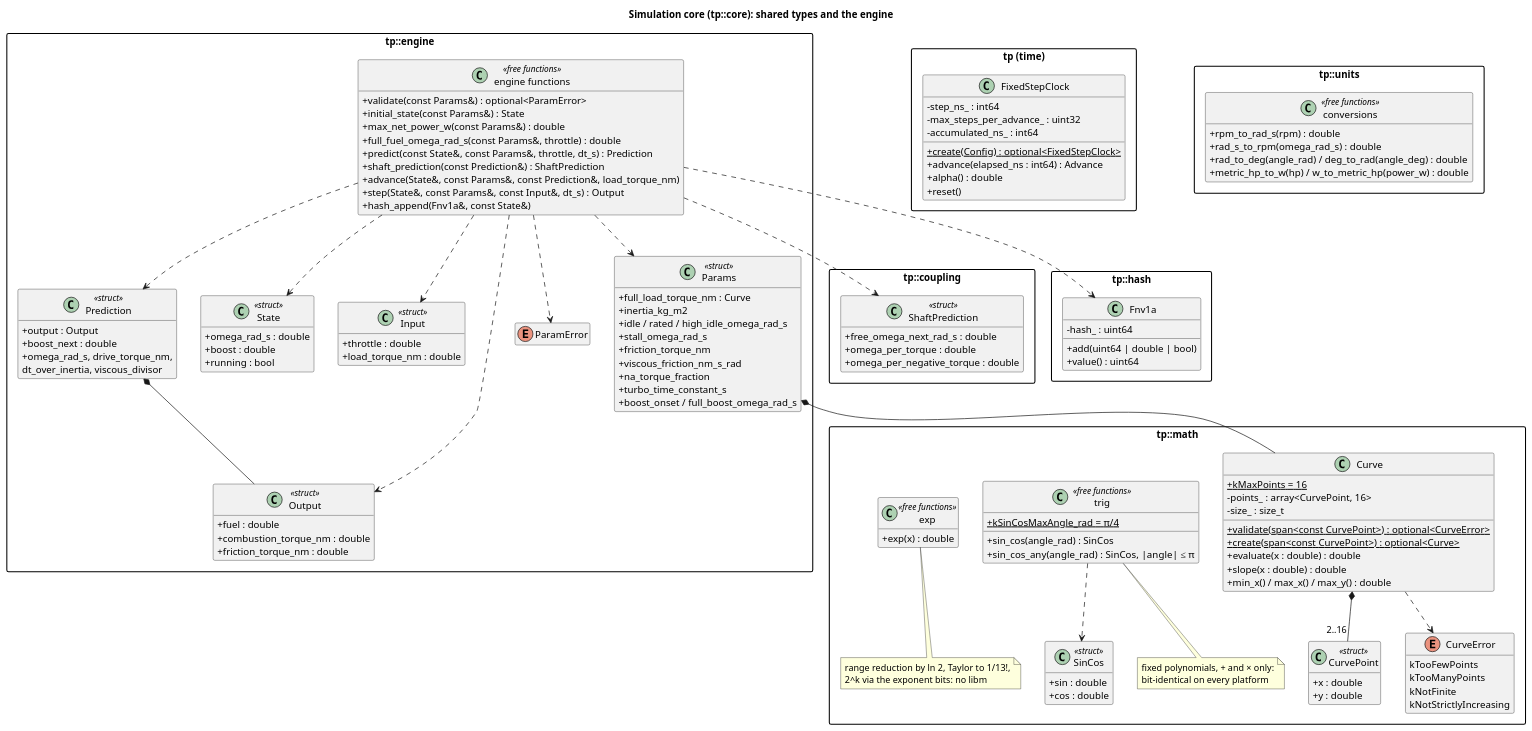
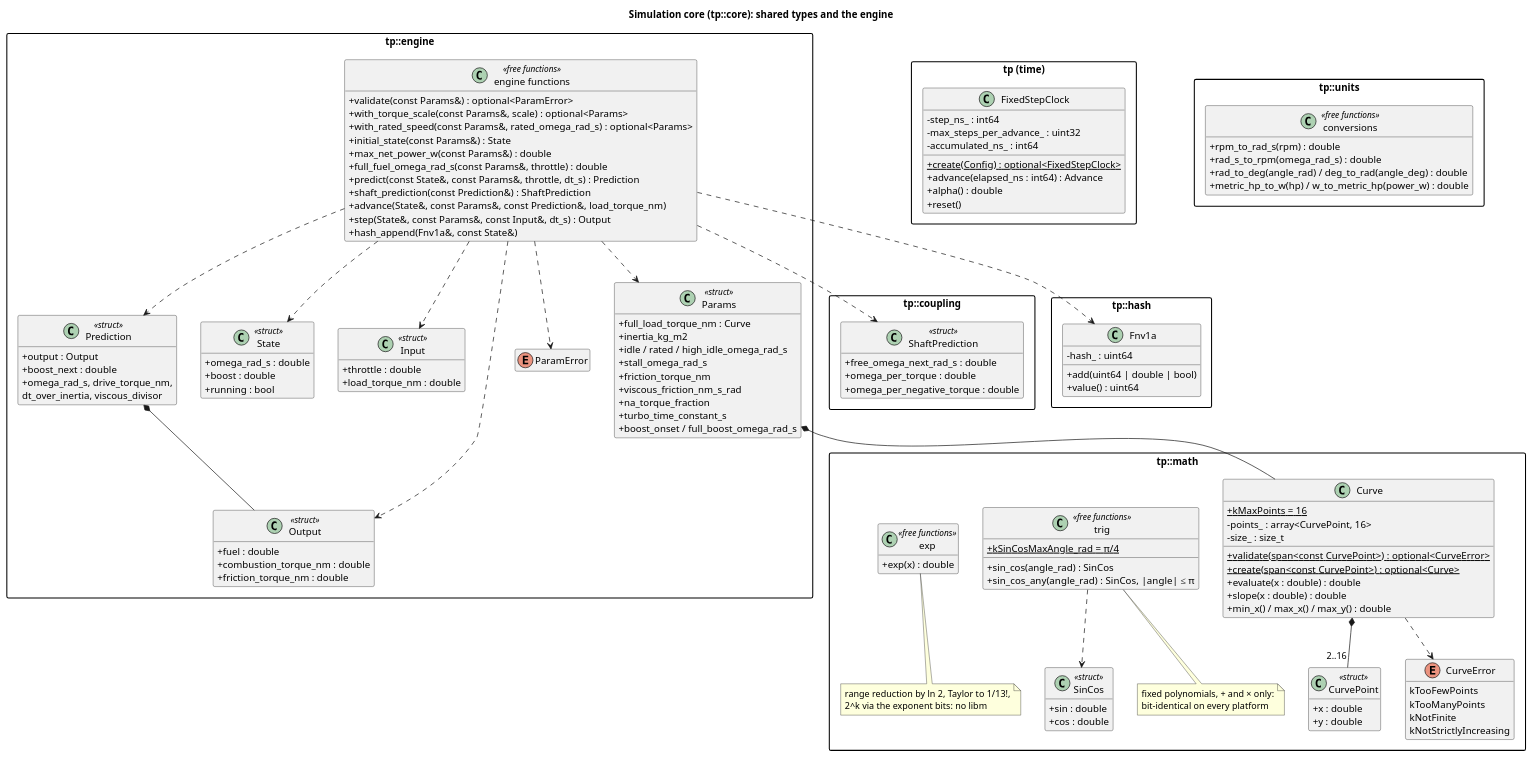
Before and after one commit to wversteeg/TractorPulling: the diagram in docs/diagrams/core_classes.puml, drawn with PlantUML. The commit also changed 39 other files, not shown here.

```diff
--- a/docs/diagrams/core_classes.puml
+++ b/docs/diagrams/core_classes.puml
@@ -1,148 +1,150 @@
 @startuml core_classes
 title Simulation core (tp::core): shared types and the engine
 hide empty members
 skinparam packageStyle rectangle
 skinparam classAttributeIconSize 0
 
   package "tp::coupling" {
     class ShaftPrediction <<struct>> {
       +free_omega_next_rad_s : double
       +omega_per_torque : double
       +omega_per_negative_torque : double
     }
   }
 
   package "tp::math" {
     class CurvePoint <<struct>> {
       +x : double
       +y : double
     }
     enum CurveError {
       kTooFewPoints
       kTooManyPoints
       kNotFinite
       kNotStrictlyIncreasing
     }
     class Curve {
       +{static} kMaxPoints = 16
       -points_ : array<CurvePoint, 16>
       -size_ : size_t
       +{static} validate(span<const CurvePoint>) : optional<CurveError>
       +{static} create(span<const CurvePoint>) : optional<Curve>
       +evaluate(x : double) : double
       +slope(x : double) : double
       +min_x() / max_x() / max_y() : double
     }
     Curve *-- "2..16" CurvePoint
     Curve ..> CurveError
     class SinCos <<struct>> {
       +sin : double
       +cos : double
     }
     class "trig" as Trig <<free functions>> {
       +{static} kSinCosMaxAngle_rad = π/4
       +sin_cos(angle_rad) : SinCos
       +sin_cos_any(angle_rad) : SinCos, |angle| ≤ π
     }
     Trig ..> SinCos
     note bottom of Trig
       fixed polynomials, + and × only:
       bit-identical on every platform
     end note
     class "exp" as Exp <<free functions>> {
       +exp(x) : double
     }
     note bottom of Exp
       range reduction by ln 2, Taylor to 1/13!,
       2^k via the exponent bits: no libm
     end note
   }
 
   package "tp::engine" {
     class Params <<struct>> {
       +full_load_torque_nm : Curve
       +inertia_kg_m2
       +idle / rated / high_idle_omega_rad_s
       +stall_omega_rad_s
       +friction_torque_nm
       +viscous_friction_nm_s_rad
       +na_torque_fraction
       +turbo_time_constant_s
       +boost_onset / full_boost_omega_rad_s
     }
     class State <<struct>> {
       +omega_rad_s : double
       +boost : double
       +running : bool
     }
     class Input <<struct>> {
       +throttle : double
       +load_torque_nm : double
     }
     class Output <<struct>> {
       +fuel : double
       +combustion_torque_nm : double
       +friction_torque_nm : double
     }
     enum ParamError
     class Prediction <<struct>> {
       +output : Output
       +boost_next : double
       +omega_rad_s, drive_torque_nm,
        dt_over_inertia, viscous_divisor
     }
     class "engine functions" as EngineFns <<free functions>> {
       +validate(const Params&) : optional<ParamError>
+      +with_torque_scale(const Params&, scale) : optional<Params>
+      +with_rated_speed(const Params&, rated_omega_rad_s) : optional<Params>
       +initial_state(const Params&) : State
       +max_net_power_w(const Params&) : double
       +full_fuel_omega_rad_s(const Params&, throttle) : double
       +predict(const State&, const Params&, throttle, dt_s) : Prediction
       +shaft_prediction(const Prediction&) : ShaftPrediction
       +advance(State&, const Params&, const Prediction&, load_torque_nm)
       +step(State&, const Params&, const Input&, dt_s) : Output
       +hash_append(Fnv1a&, const State&)
     }
     Prediction *-- Output
     EngineFns ..> Prediction
     Params *-- Curve
     EngineFns ..> Params
     EngineFns ..> State
     EngineFns ..> Input
     EngineFns ..> Output
     EngineFns ..> ParamError
   }
 
 
   EngineFns ..> ShaftPrediction
 
   package "tp::hash" {
     class Fnv1a {
       -hash_ : uint64
       +add(uint64 | double | bool)
       +value() : uint64
     }
   }
   EngineFns ..> Fnv1a
 
   package "tp (time)" {
     class FixedStepClock {
       -step_ns_ : int64
       -max_steps_per_advance_ : uint32
       -accumulated_ns_ : int64
       +{static} create(Config) : optional<FixedStepClock>
       +advance(elapsed_ns : int64) : Advance
       +alpha() : double
       +reset()
     }
   }
 
   package "tp::units" {
     class "conversions" as Units <<free functions>> {
       +rpm_to_rad_s(rpm) : double
       +rad_s_to_rpm(omega_rad_s) : double
       +rad_to_deg(angle_rad) / deg_to_rad(angle_deg) : double
       +metric_hp_to_w(hp) / w_to_metric_hp(power_w) : double
     }
   }
 
 @enduml
```
